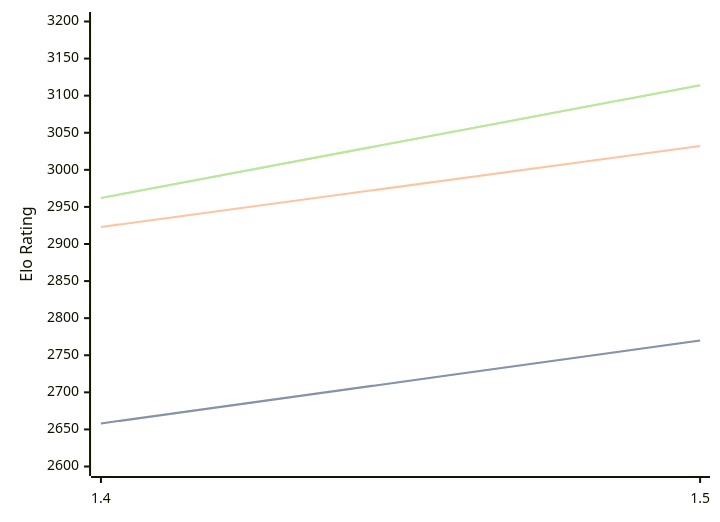
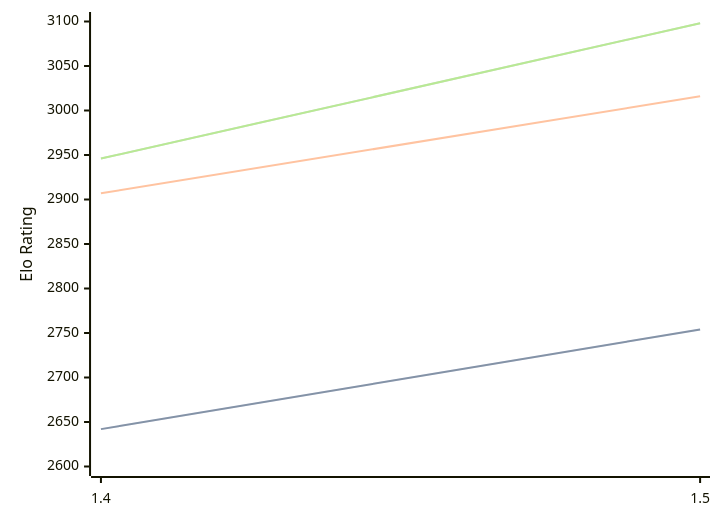
One commit to computer-chess-index/cci changed the diagram in engines/Yakka.md. Above: the diagram before and after it, drawn with Mermaid. The commit also changed other lines of this file, not shown here.

Commit message:
Update CCI Ratings (ELO VLTC) - 2026-05-20

````diff
--- a/engines/Yakka.md
+++ b/engines/Yakka.md
@@ -36,11 +36,11 @@
 ```mermaid
 %%{init: {"theme":"base","themeVariables":{"seriesColors:['#a3a3a3','#222221','#faa371']}}}%%
 xychart-beta
   x-axis ["1.4", "1.5"]
-  y-axis "Elo Rating" 2600 --> 3200
-  line "STC (8.0+0.08s)" [2658, 2770]
-  line "STC (8.0+0.08s)" [2658, 2770]
-  line "LTC (60.0+0.60s)" [2923, 3032]
-  line "VLTC (2m24s+1.12s)" [2962, 3114]
-  line "VLTC (2m24s+1.12s)" [2962, 3114]
+  y-axis "Elo Rating" 2600 --> 3100
+  line "STC (8.0+0.08s)" [2642, 2754]
+  line "STC (8.0+0.08s)" [2642, 2754]
+  line "LTC (60.0+0.60s)" [2907, 3016]
+  line "VLTC (2m24s+1.12s)" [2946, 3098]
+  line "VLTC (2m24s+1.12s)" [2946, 3098]
 ```
````
